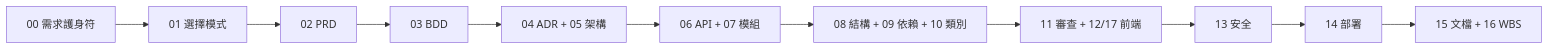
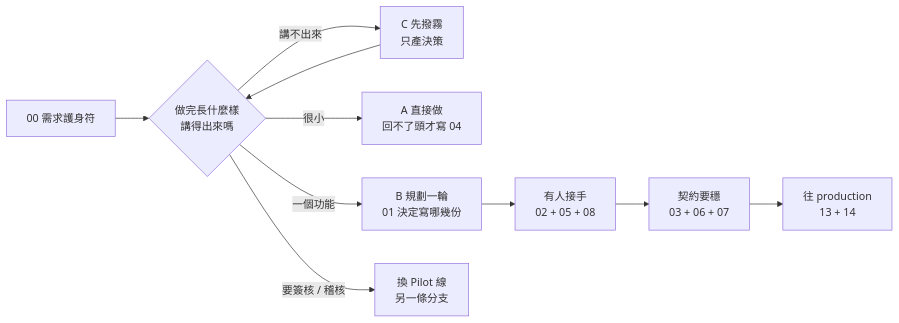
The diagram in VibeCoding_Workflow_Templates/INDEX.md (Zenobia000/claude-Godzilla-z), drawn with Mermaid before and after one commit. The commit also changed other lines of this file and 6 other files, not shown here.

````diff
--- a/VibeCoding_Workflow_Templates/INDEX.md
+++ b/VibeCoding_Workflow_Templates/INDEX.md
@@ -66,11 +68,12 @@
 ```mermaid
 graph LR
-  A0[00 需求護身符] --> A[01 選擇模式] --> B[02 PRD] --> C[03 BDD]
-  C --> D[04 ADR + 05 架構]
-  D --> E[06 API + 07 模組]
-  E --> F[08 結構 + 09 依賴 + 10 類別]
-  F --> G[11 審查 + 12/17 前端]
-  G --> H[13 安全]
-  H --> I[14 部署]
-  I --> J[15 文檔 + 16 WBS]
+  A0["00 需求護身符"] --> P{"做完長什麼樣<br/>講得出來嗎"}
+  P -->|"講不出來"| C["C 先撥霧<br/>只產決策"]
+  C --> P
+  P -->|"很小"| A["A 直接做<br/>回不了頭才寫 04"]
+  P -->|"一個功能"| B["B 規劃一輪<br/>01 決定寫哪幾份"]
+  P -->|"要簽核 / 稽核"| PL["換 Pilot 線<br/>另一條分支"]
+  B --> D["有人接手<br/>02 + 05 + 08"]
+  D --> E["契約要穩<br/>03 + 06 + 07"]
+  E --> F["往 production<br/>13 + 14"]
 ```
````
